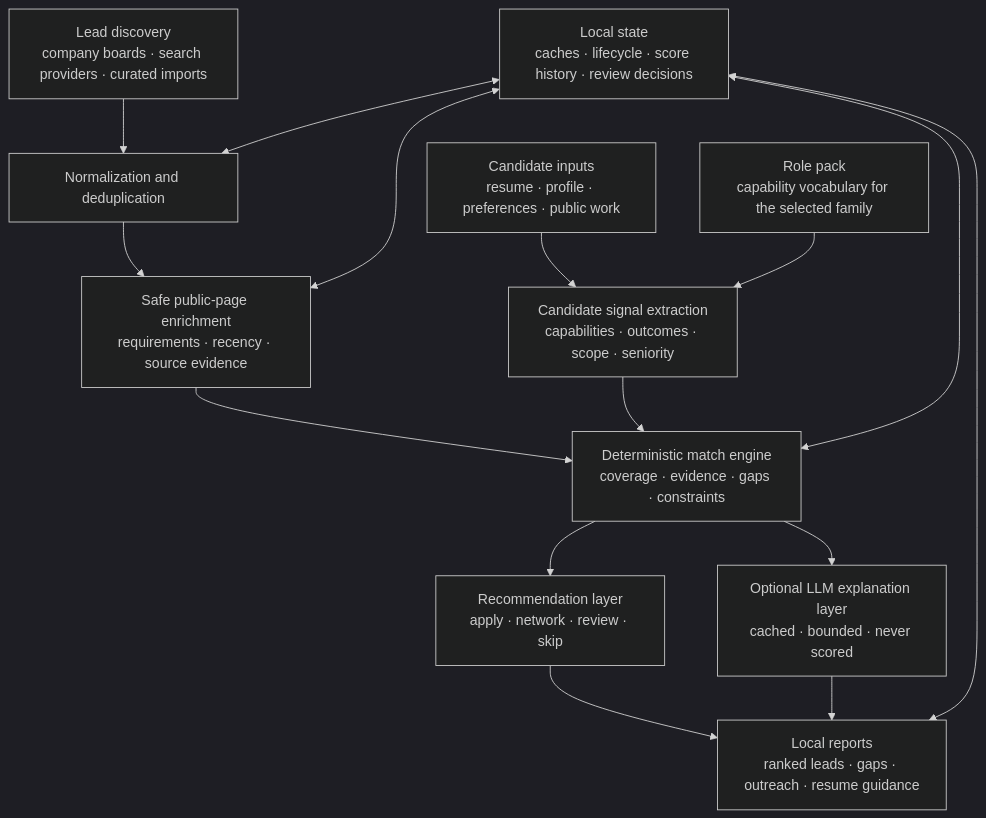
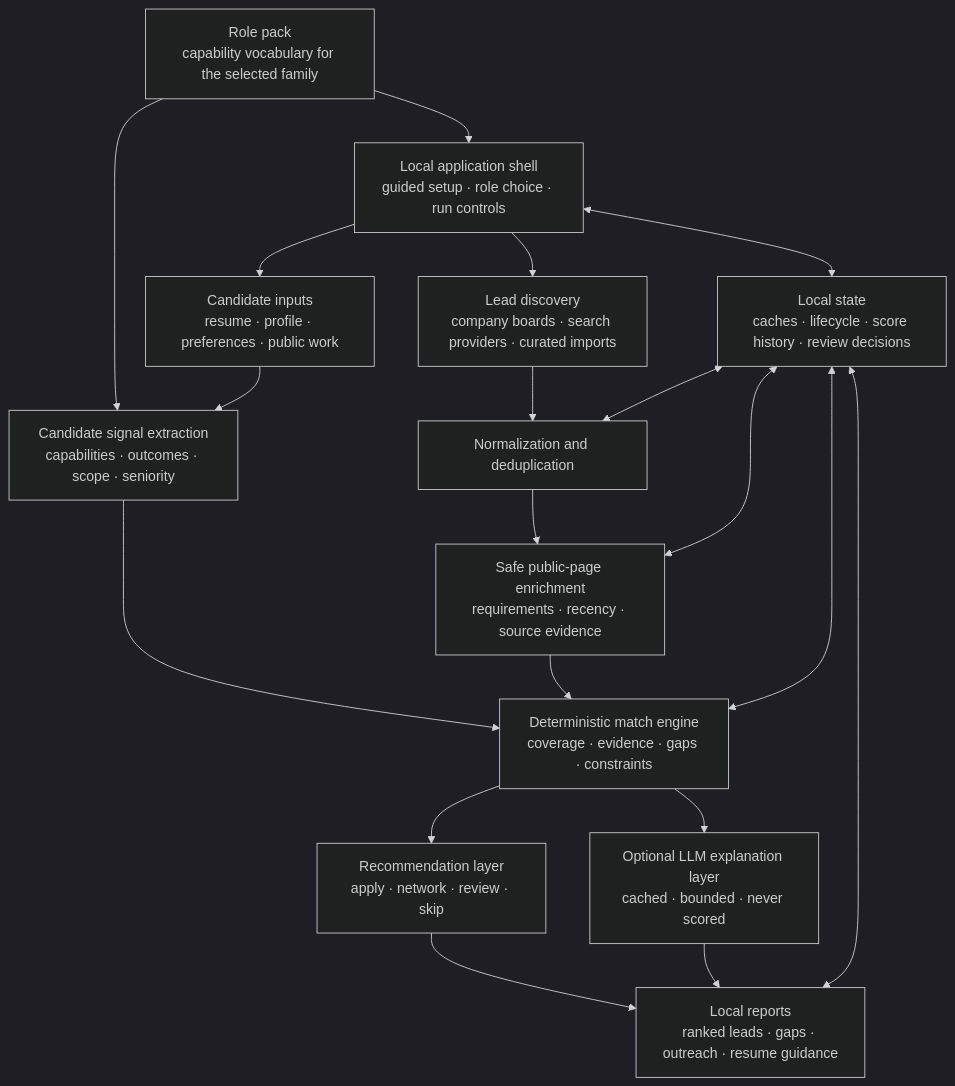
The diagram in catchr-architecture.md (arathivanchi-max/arathivanchi-max), drawn with Mermaid (dark theme) before and after one commit. The commit also changed other lines of this file, not shown here.

Commit message:
Update Catchr architecture overview for application, deployment, and packaging layers

````diff
--- a/catchr-architecture.md
+++ b/catchr-architecture.md
@@ -33,29 +33,34 @@
 ```mermaid
 flowchart TD
     candidate["Candidate inputs<br/>resume · profile · preferences · public work"]
     discovery["Lead discovery<br/>company boards · search providers · curated imports"]
     normalize["Normalization and deduplication"]
     enrich["Safe public-page enrichment<br/>requirements · recency · source evidence"]
     signals["Candidate signal extraction<br/>capabilities · outcomes · scope · seniority"]
     rolepack["Role pack<br/>capability vocabulary for the selected family"]
     match["Deterministic match engine<br/>coverage · evidence · gaps · constraints"]
     strategy["Recommendation layer<br/>apply · network · review · skip"]
     reports["Local reports<br/>ranked leads · gaps · outreach · resume guidance"]
     explainer["Optional LLM explanation layer<br/>cached · bounded · never scored"]
+    app["Local application shell<br/>guided setup · role choice · run controls"]
     state["Local state<br/>caches · lifecycle · score history · review decisions"]
 
     candidate --> signals
     rolepack --> signals
+    rolepack --> app
+    app --> candidate
+    app --> discovery
     discovery --> normalize
     normalize --> enrich
     enrich --> match
     signals --> match
     match --> strategy
     strategy --> reports
     match --> explainer
     explainer --> reports
     state <--> normalize
     state <--> enrich
     state <--> match
     state <--> reports
+    app <--> state
 ```
````
